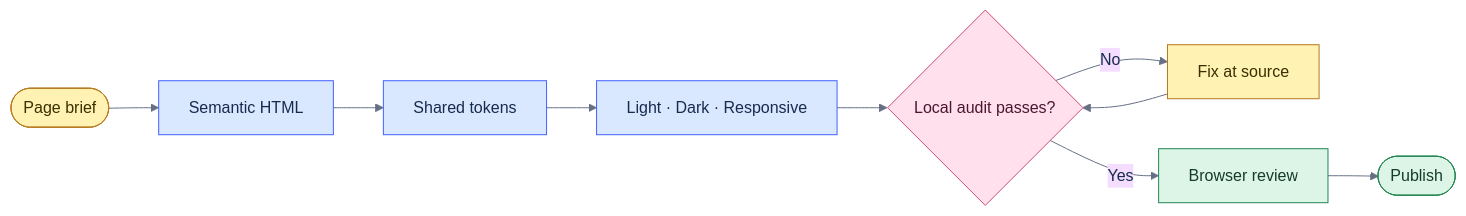
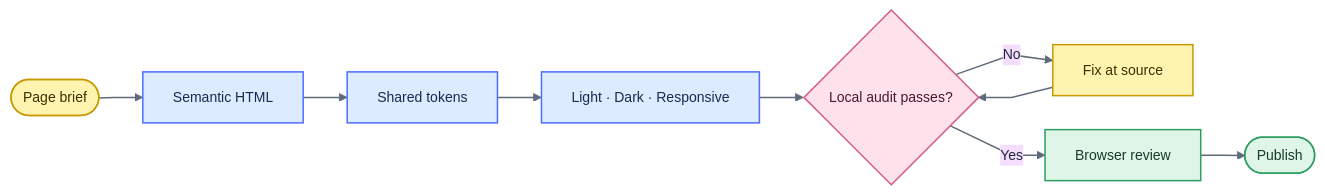
One commit to thangldw/thangldw.github.io changed the diagram in UI-STANDARDS.md. Above: the diagram before and after it, drawn with Mermaid. The commit also changed other lines of this file and 7 other files, not shown here.

Commit message:
docs: clean repository guides and diagrams

````diff
--- a/UI-STANDARDS.md
+++ b/UI-STANDARDS.md
@@ -15,22 +17,22 @@
 ```mermaid
-%%{init: {"theme":"base","themeVariables":{"fontFamily":"Inter, Arial, sans-serif","lineColor":"#667085","primaryTextColor":"#172B4D"}}}%%
+%%{init: {"theme":"base","flowchart":{"curve":"linear","nodeSpacing":34,"rankSpacing":44},"themeVariables":{"fontFamily":"Inter, Arial, sans-serif","fontSize":"14px","lineColor":"#5F6B7A","primaryTextColor":"#1F2937","clusterBkg":"#FFFFFF","clusterBorder":"#CBD5E1"}}}%%
 flowchart LR
   Brief(["Page brief"]) --> Skeleton["Semantic HTML"]
   Skeleton --> Tokens["Shared tokens"]
   Tokens --> States["Light · Dark · Responsive"]
   States --> Audit{"Local audit passes?"}
   Audit -->|"No"| Fix["Fix at source"]
   Fix --> Audit
   Audit -->|"Yes"| Review["Browser review"]
   Review --> Release(["Publish"])
 
-  classDef yellow fill:#FFF2B2,stroke:#B7791F,color:#3B2F00,stroke-width:1px;
-  classDef blue fill:#D9E8FF,stroke:#4262FF,color:#172B4D,stroke-width:1px;
-  classDef green fill:#DDF5E7,stroke:#238653,color:#153B29,stroke-width:1px;
-  classDef pink fill:#FFE0EC,stroke:#C94F7C,color:#4A1730,stroke-width:1px;
-  class Brief yellow;
-  class Skeleton,Tokens,States blue;
-  class Audit pink;
-  class Fix yellow;
-  class Review,Release green;
+  classDef stickyYellow fill:#FFF3B0,stroke:#C99700,color:#3D2F00,stroke-width:1.5px;
+  classDef stickyBlue fill:#DCEBFF,stroke:#4C6FFF,color:#172B4D,stroke-width:1.5px;
+  classDef stickyPink fill:#FFE1EC,stroke:#D65A87,color:#4A1730,stroke-width:1.5px;
+  classDef stickyGreen fill:#DFF5E8,stroke:#2D9D62,color:#153B29,stroke-width:1.5px;
+  class Brief,Fix stickyYellow;
+  class Skeleton,Tokens,States stickyBlue;
+  class Audit stickyPink;
+  class Review,Release stickyGreen;
+  linkStyle default stroke:#5F6B7A,stroke-width:1.5px;
 ```
````
